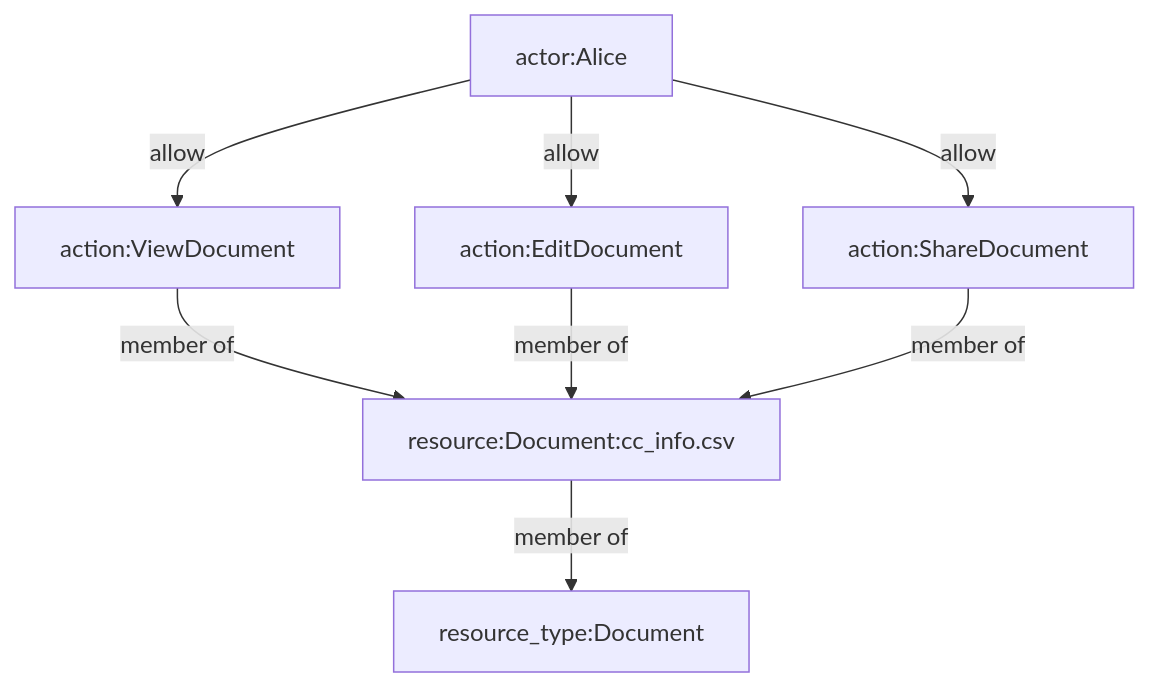
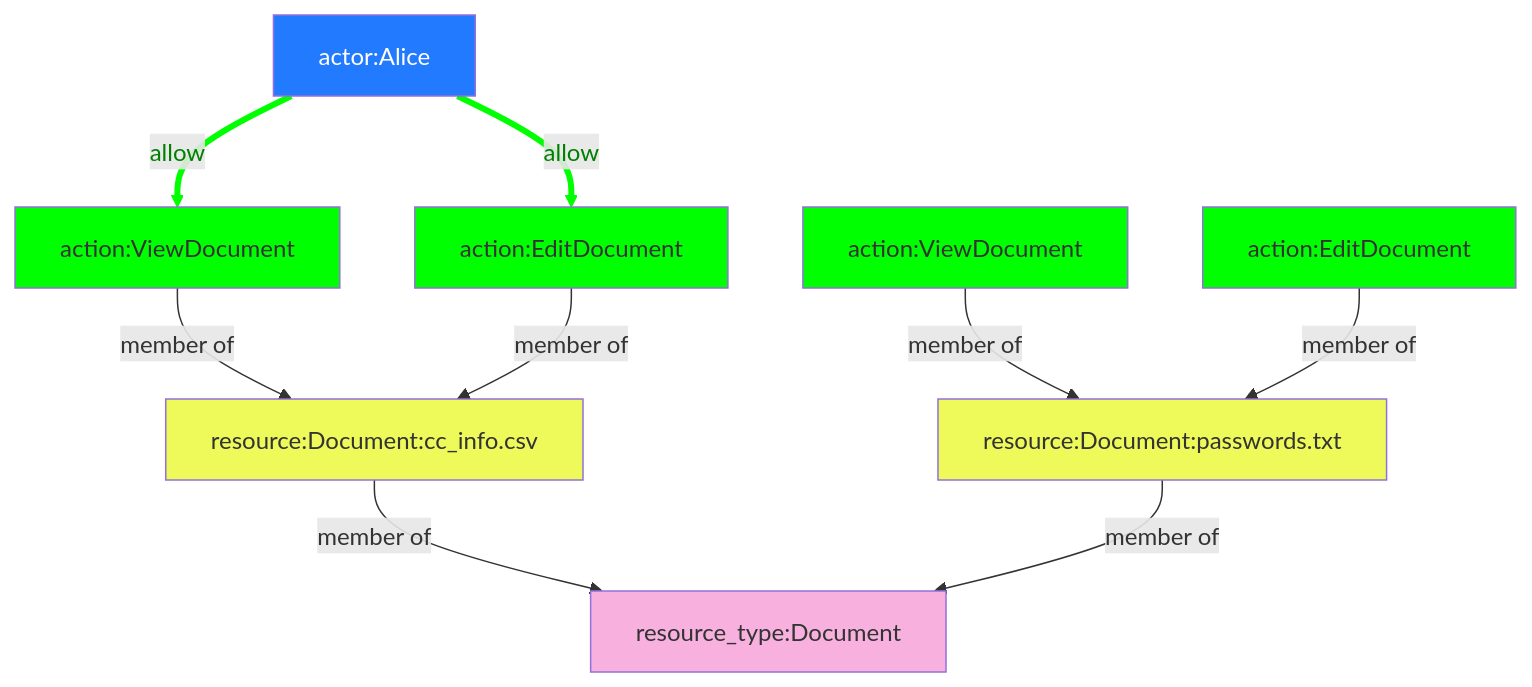
The first of 5 diagrams in docs/index.md (graydenshand/permission-graph), drawn with Mermaid before and after one commit. The commit also changed other lines of this file and 9 other files, not shown here.

Commit message:
Graph utils and mermaid diagram styles

````diff
--- a/docs/index.md
+++ b/docs/index.md
@@ -19,19 +23,33 @@
     ```mermaid
     flowchart
         alice[actor:Alice]
         document_type[resource_type:Document]
         document[resource:Document:cc_info.csv]
-        read[action:ViewDocument]
-        write[action:EditDocument]
-        share[action:ShareDocument]
+        document2[resource:Document:passwords.txt]
+        view_d1[action:ViewDocument]
+        edit_d1[action:EditDocument]
+        view_d2[action:ViewDocument]
+        edit_d2[action:EditDocument]
+        document-->|member of|document_type
+        document2-->|member of|document_type
 
-        document-->|member of|document_type
+        view_d1-->|member of|document
+        edit_d1-->|member of|document
+        view_d2-->|member of|document2
+        edit_d2-->|member of|document2
 
-        read-->|member of|document
-        write-->|member of|document
-        share-->|member of|document
+        alice-->|allow|view_d1
+        alice-->|allow|edit_d1
 
-        alice-->|allow|read
-        alice-->|allow|write
-        alice-->|allow|share
+
+        style alice fill:#227aff,color:#FFF
+        style view_d1 fill:#0F0
+        style edit_d1 fill:#0F0
+        style view_d2 fill:#0F0
+        style edit_d2 fill:#0F0
+        style document fill:#eef95a
+        style document2 fill:#eef95a
+        style document_type fill:#f8b1de
+        linkStyle 7 stroke:#0f0,stroke-width:4px,color:green;
+        linkStyle 6 stroke:#0f0,stroke-width:4px,color:green;
     ```
````
